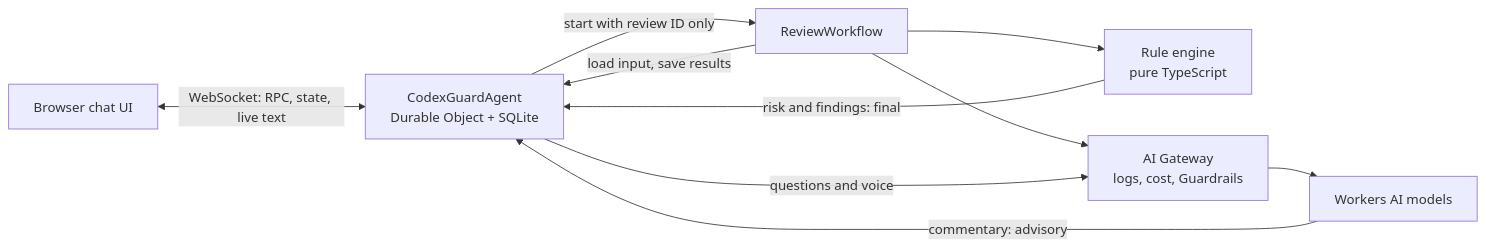
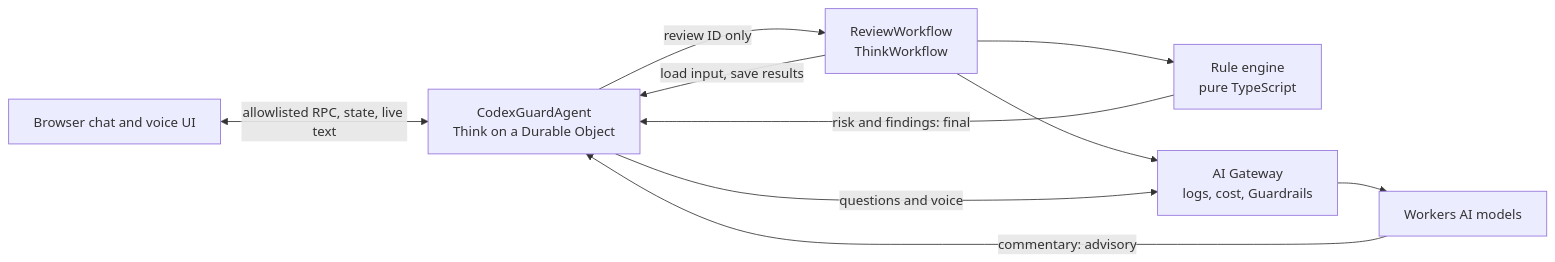
Before and after one commit to bartrumb/cf_ai_ask_brett: the diagram in README.md, drawn with Mermaid. The commit also changed other lines of this file and 2 other files, not shown here.

````diff
--- a/README.md
+++ b/README.md
@@ -22,12 +22,12 @@
 ```mermaid
 flowchart LR
-  B[Browser chat UI] <-->|WebSocket: RPC, state, live text| A[CodexGuardAgent<br/>Durable Object + SQLite]
-  A -->|start with review ID only| W[ReviewWorkflow]
+  B[Browser chat and voice UI] <-->|allowlisted RPC, state, live text| A[CodexGuardAgent<br/>Think on a Durable Object]
+  A -->|review ID only| W[ReviewWorkflow<br/>ThinkWorkflow]
   W -->|load input, save results| A
   W --> R[Rule engine<br/>pure TypeScript]
   W --> G[AI Gateway<br/>logs, cost, Guardrails]
   A -->|questions and voice| G
   G --> L[Workers AI models]
   R -->|risk and findings: final| A
   L -->|commentary: advisory| A
 ```
````
